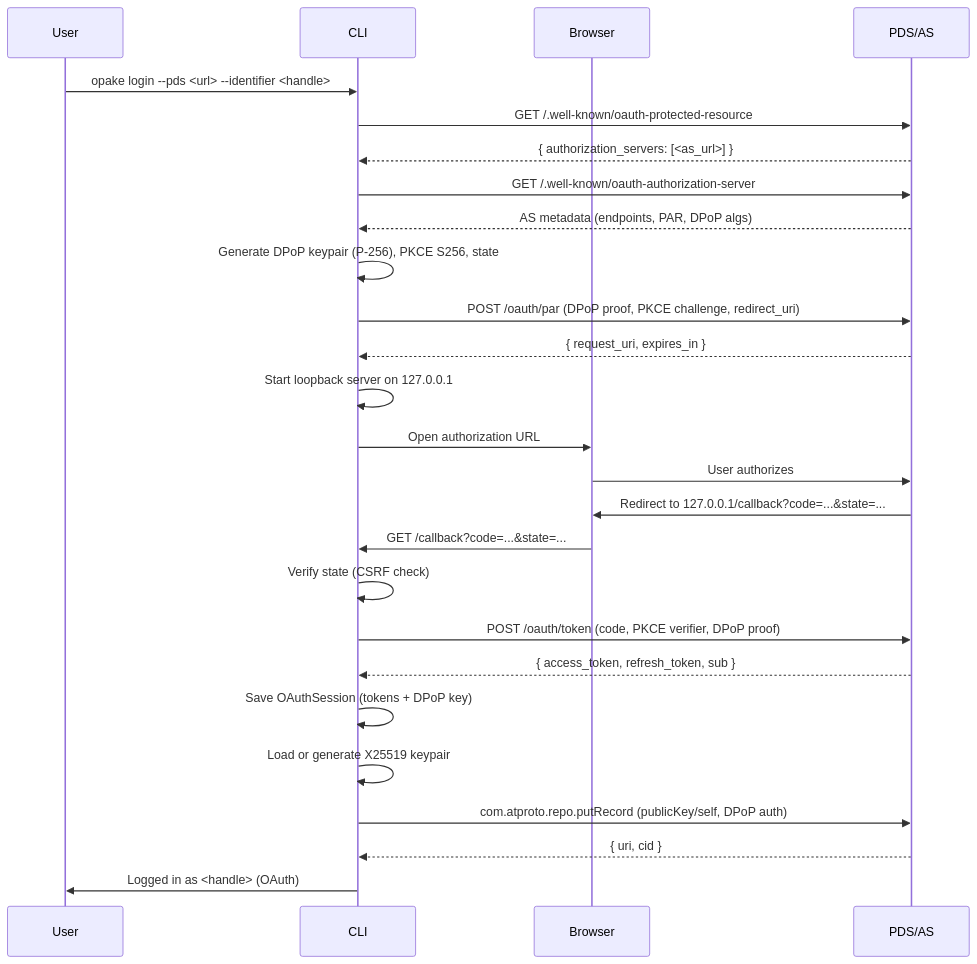
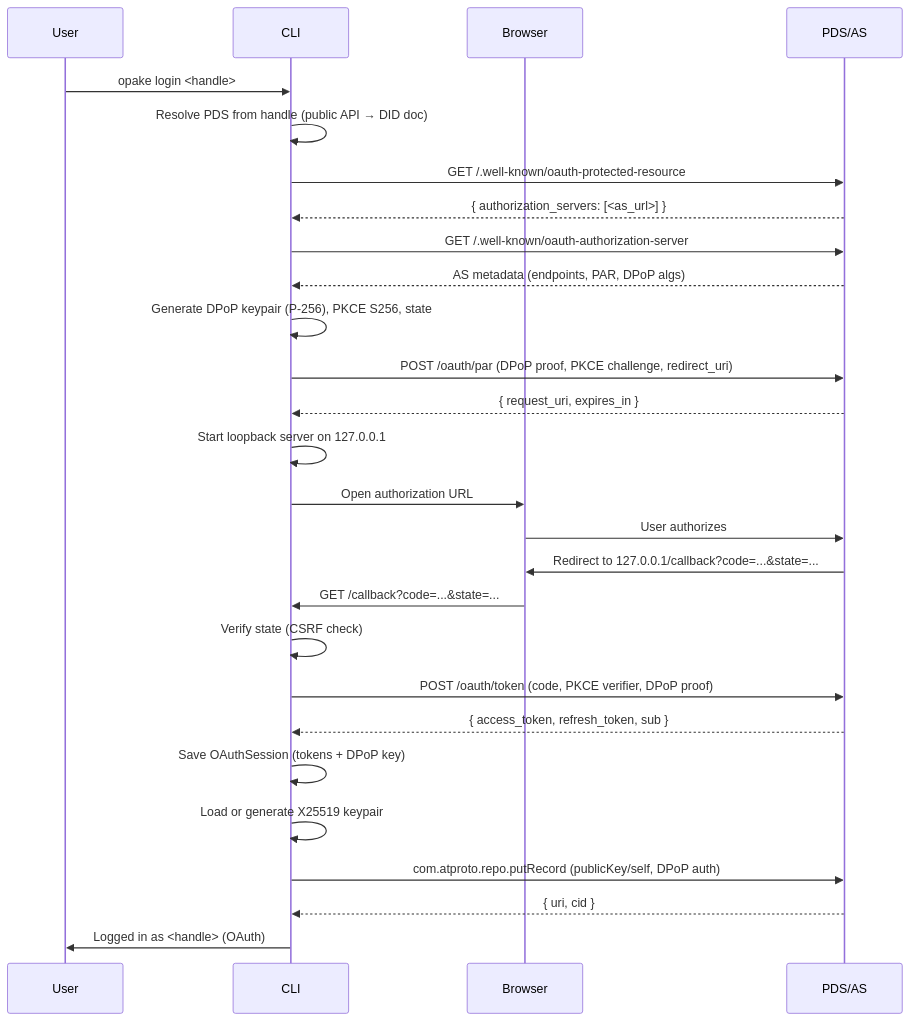
Before and after one commit to Sans-Self/Opake: the first of 4 diagrams in docs/flows/authentication.md, drawn with Mermaid. The commit also changed other lines of this file and 14 other files, not shown here.

First line of the commit message:
Handle-based login with automatic PDS resolution

````diff
--- a/docs/flows/authentication.md
+++ b/docs/flows/authentication.md
@@ -7,37 +7,38 @@
 ```mermaid
 sequenceDiagram
     participant User
     participant CLI
     participant Browser
     participant PDS/AS
 
-    User->>CLI: opake login --pds <url> --identifier <handle>
+    User->>CLI: opake login <handle>
+    CLI->>CLI: Resolve PDS from handle (public API → DID doc)
 
     CLI->>PDS/AS: GET /.well-known/oauth-protected-resource
     PDS/AS-->>CLI: { authorization_servers: [<as_url>] }
     CLI->>PDS/AS: GET /.well-known/oauth-authorization-server
     PDS/AS-->>CLI: AS metadata (endpoints, PAR, DPoP algs)
 
     CLI->>CLI: Generate DPoP keypair (P-256), PKCE S256, state
 
     CLI->>PDS/AS: POST /oauth/par (DPoP proof, PKCE challenge, redirect_uri)
     PDS/AS-->>CLI: { request_uri, expires_in }
 
     CLI->>CLI: Start loopback server on 127.0.0.1
     CLI->>Browser: Open authorization URL
     Browser->>PDS/AS: User authorizes
     PDS/AS->>Browser: Redirect to 127.0.0.1/callback?code=...&state=...
     Browser->>CLI: GET /callback?code=...&state=...
 
     CLI->>CLI: Verify state (CSRF check)
     CLI->>PDS/AS: POST /oauth/token (code, PKCE verifier, DPoP proof)
     PDS/AS-->>CLI: { access_token, refresh_token, sub }
 
     CLI->>CLI: Save OAuthSession (tokens + DPoP key)
     CLI->>CLI: Load or generate X25519 keypair
 
     CLI->>PDS/AS: com.atproto.repo.putRecord (publicKey/self, DPoP auth)
     PDS/AS-->>CLI: { uri, cid }
 
     CLI->>User: Logged in as <handle> (OAuth)
 ```
````
